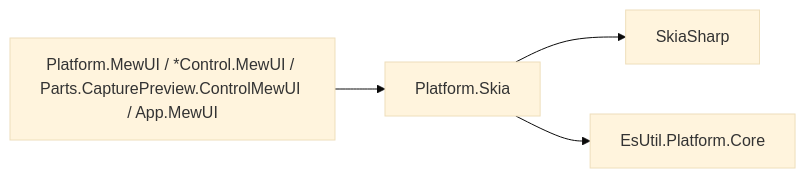
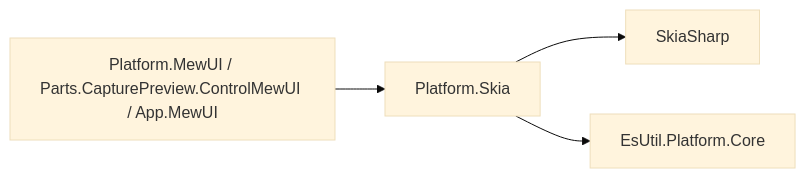
The first of 4 diagrams in src/Platform.Skia/docs/SPEC_System.md (tomokuni/SaveEvidence), drawn with Mermaid (base theme) before and after one commit. The commit also changed other lines of this file and 31 other files, not shown here.

````diff
--- a/src/Platform.Skia/docs/SPEC_System.md
+++ b/src/Platform.Skia/docs/SPEC_System.md
@@ -42,11 +42,11 @@
 ```mermaid
 graph LR
-  MEWUI["Platform.MewUI / *Control.MewUI / Parts.CapturePreview.ControlMewUI / App.MewUI"]
+  MEWUI["Platform.MewUI / Parts.CapturePreview.ControlMewUI / App.MewUI"]
   S[Platform.Skia]
   SK[SkiaSharp]
   PC[EsUtil.Platform.Core]
 
   MEWUI --> S
   S --> SK
   S --> PC
 ```
````
